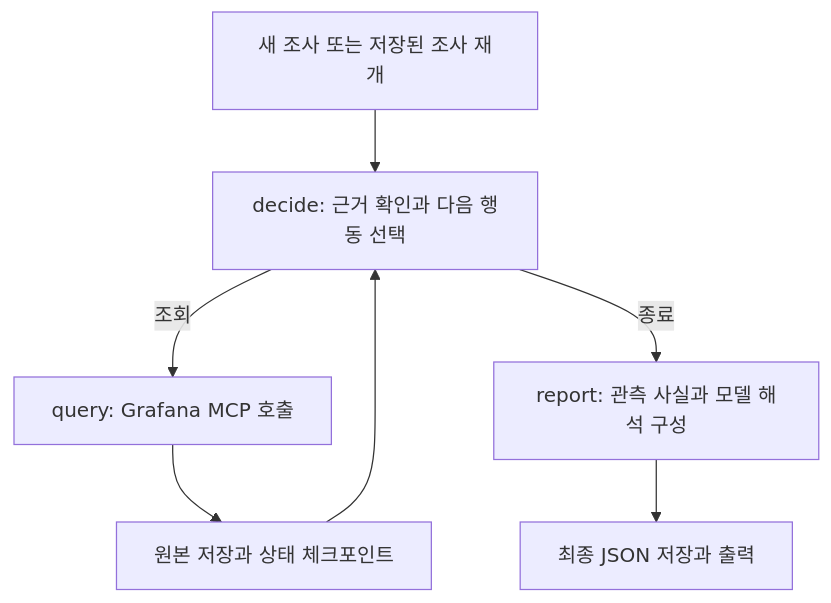
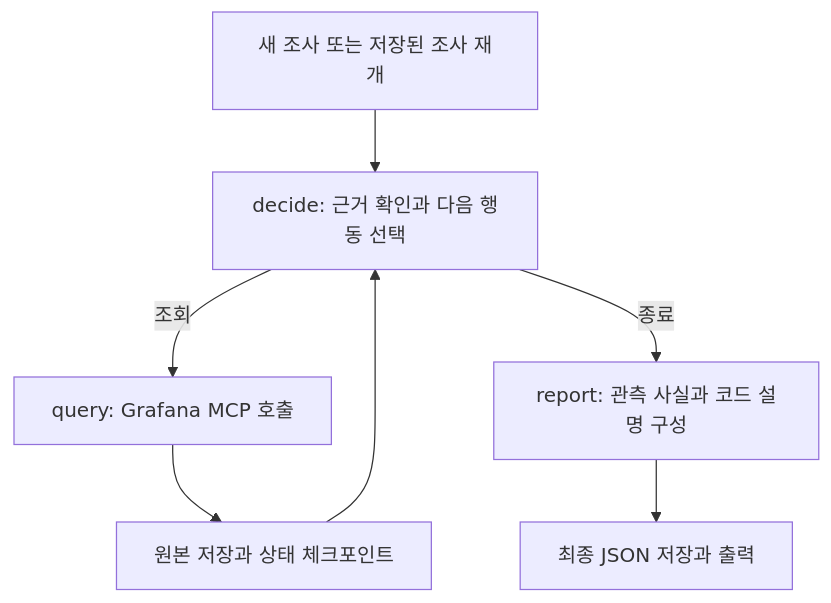
Before and after one commit to mediunn/Livith-Ops-Agent: the diagram in docs/architecture/agent-workflow.md, drawn with Mermaid. The commit also changed other lines of this file and 21 other files, not shown here.

````diff
--- a/docs/architecture/agent-workflow.md
+++ b/docs/architecture/agent-workflow.md
@@ -10,9 +10,9 @@
 ```mermaid
 flowchart TD
   Start[새 조사 또는 저장된 조사 재개] --> Decide[decide: 근거 확인과 다음 행동 선택]
   Decide -->|조회| Query[query: Grafana MCP 호출]
   Query --> Save[원본 저장과 상태 체크포인트]
   Save --> Decide
-  Decide -->|종료| Report[report: 관측 사실과 모델 해석 구성]
+  Decide -->|종료| Report[report: 관측 사실과 코드 설명 구성]
   Report --> Result[최종 JSON 저장과 출력]
 ```
````
